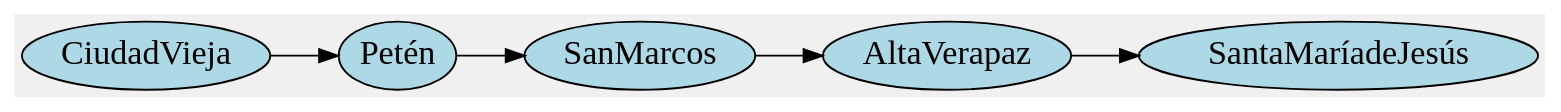
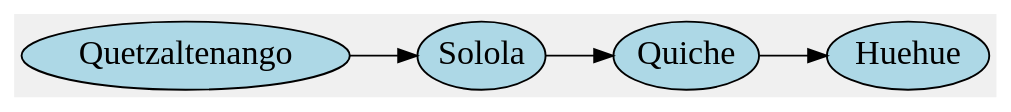
One commit to Gerardo-Mantanico/TravelMap_GT changed the diagram in target/classes/img/ubicacionActual.dot. Above: the diagram before and after it, drawn with Graphviz. The commit also changed 21 other files, not shown here.

```diff
--- a/target/classes/img/ubicacionActual.dot
+++ b/target/classes/img/ubicacionActual.dot
@@ -1,6 +1,6 @@
 digraph G {
 rankdir=LR;
 bgcolor="#f0f0f0";  
  node [margin=0 fontcolor=black fontsize=18 width=0.5 shape=oval style=filled fillcolor=lightblue] 
-CiudadVieja -> Petén -> SanMarcos -> AltaVerapaz -> SantaMaríadeJesús;
+Quetzaltenango -> Solola -> Quiche -> Huehue;
 }
```
